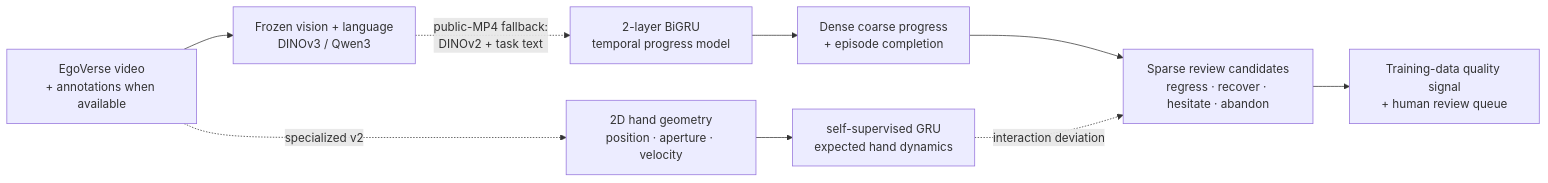
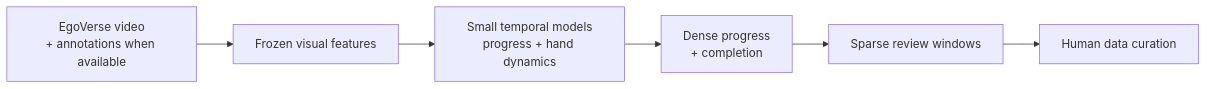
One commit to surajrdy/EgoFlow changed the diagram in README.md. Above: the diagram before and after it, drawn with Mermaid. The commit also changed other lines of this file and 2 other files, not shown here.

````diff
--- a/README.md
+++ b/README.md
@@ -21,11 +10,8 @@
 ```mermaid
 flowchart LR
-    A["EgoVerse video<br/>+ annotations when available"] --> B["Frozen vision + language<br/>DINOv3 / Qwen3"]
-    B -. "public-MP4 fallback:<br/>DINOv2 + task text" .-> C["2-layer BiGRU<br/>temporal progress model"]
-    C --> D["Dense coarse progress<br/>+ episode completion"]
-    D --> E["Sparse review candidates<br/>regress · recover · hesitate · abandon"]
-    A -. "specialized v2" .-> H["2D hand geometry<br/>position · aperture · velocity"]
-    H --> I["self-supervised GRU<br/>expected hand dynamics"]
-    I -. "interaction deviation" .-> E
-    E --> F["Training-data quality signal<br/>+ human review queue"]
+    A["EgoVerse video<br/>+ annotations when available"] --> B["Frozen visual features"]
+    B --> C["Small temporal models<br/>progress + hand dynamics"]
+    C --> D["Dense progress<br/>+ completion"]
+    D --> E["Sparse review windows"]
+    E --> F["Human data curation"]
 ```
````
